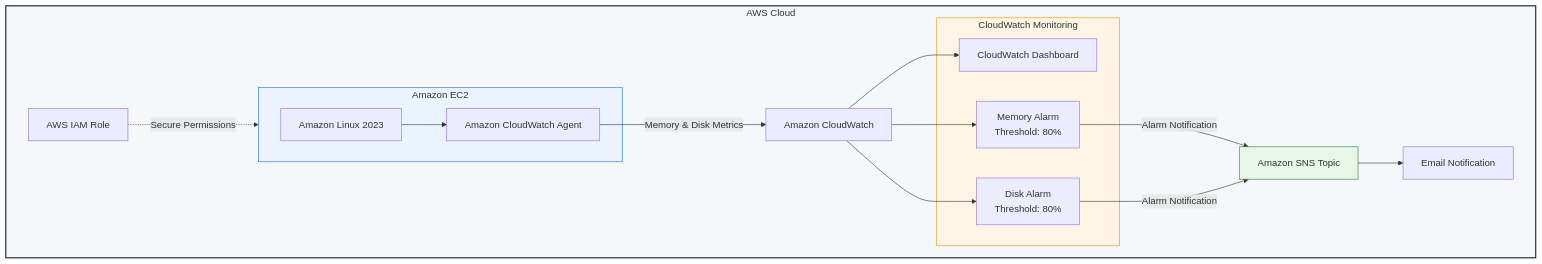
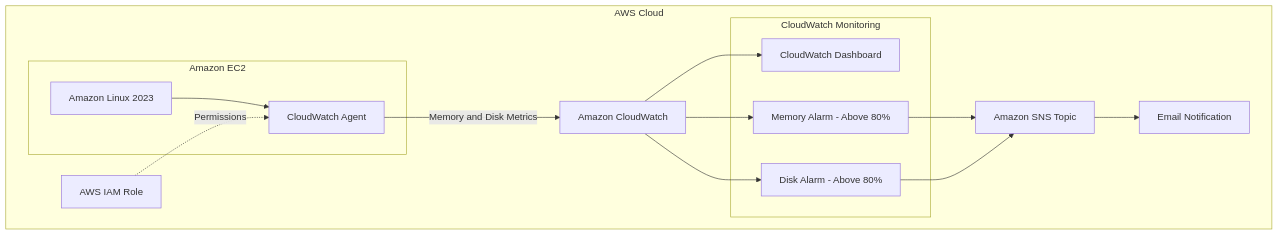
The diagram in README.md (HrishikeshVHiremath/aws-infrastructure-monitoring-alerting), drawn with Mermaid before and after one commit. The commit also changed other lines of this file, not shown here.

````diff
--- a/README.md
+++ b/README.md
@@ -12,38 +12,33 @@
 ```mermaid
 flowchart TB
     subgraph AWS["AWS Cloud"]
         subgraph EC2["Amazon EC2"]
             LINUX["Amazon Linux 2023"]
-            AGENT["Amazon CloudWatch Agent"]
+            AGENT["CloudWatch Agent"]
             LINUX --> AGENT
         end
 
         IAM["AWS IAM Role"]
         CW["Amazon CloudWatch"]
 
-        AGENT -->|"Memory & Disk Metrics"| CW
-        IAM -.->|"Secure Permissions"| EC2
+        IAM -.->|"Permissions"| AGENT
+        AGENT -->|"Memory and Disk Metrics"| CW
 
         subgraph MONITOR["CloudWatch Monitoring"]
             DASH["CloudWatch Dashboard"]
-            ALARM1["Memory Alarm<br/>Threshold: 80%"]
-            ALARM2["Disk Alarm<br/>Threshold: 80%"]
+            ALARM1["Memory Alarm - Above 80%"]
+            ALARM2["Disk Alarm - Above 80%"]
         end
 
         CW --> DASH
         CW --> ALARM1
         CW --> ALARM2
 
         SNS["Amazon SNS Topic"]
         EMAIL["Email Notification"]
 
-        ALARM1 -->|"Alarm Notification"| SNS
-        ALARM2 -->|"Alarm Notification"| SNS
+        ALARM1 --> SNS
+        ALARM2 --> SNS
         SNS --> EMAIL
     end
-
-    style AWS fill:#f5f7fa,stroke:#232f3e,stroke-width:2px
-    style EC2 fill:#eaf3ff,stroke:#1473e6
-    style MONITOR fill:#fff5e6,stroke:#e69500
-    style SNS fill:#e8f5e9,stroke:#238636
 ```
````
